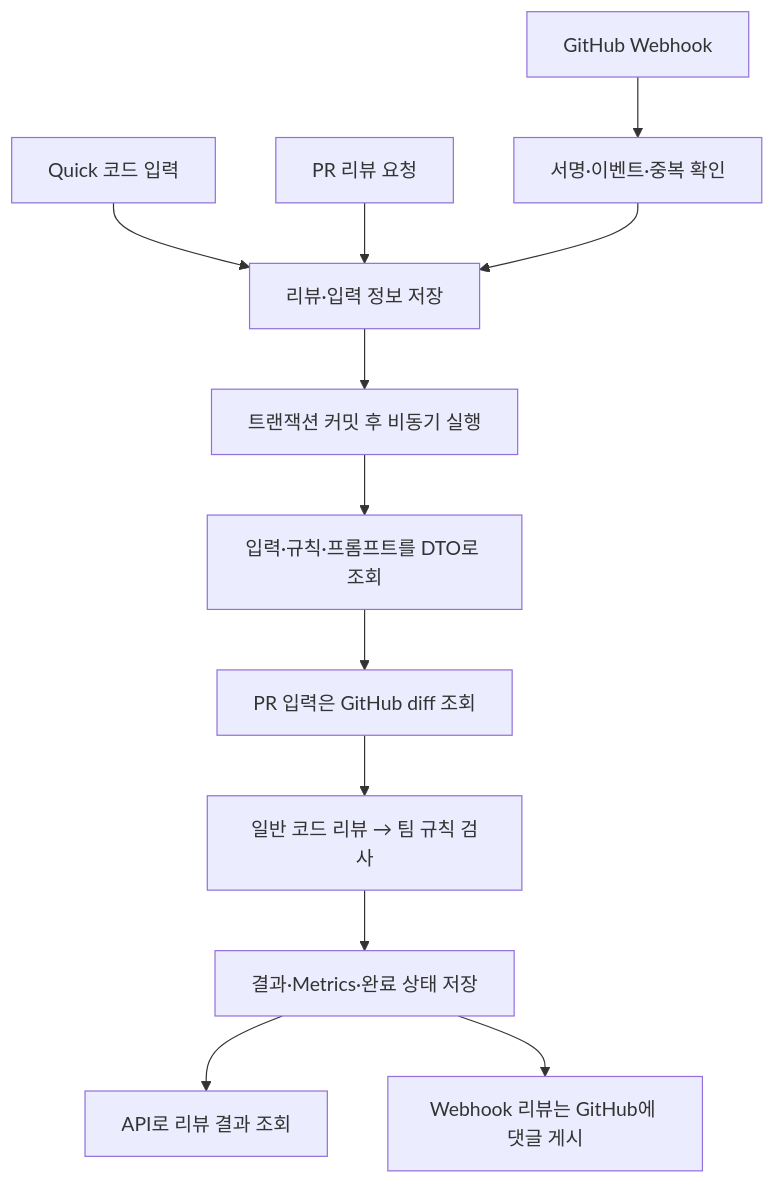
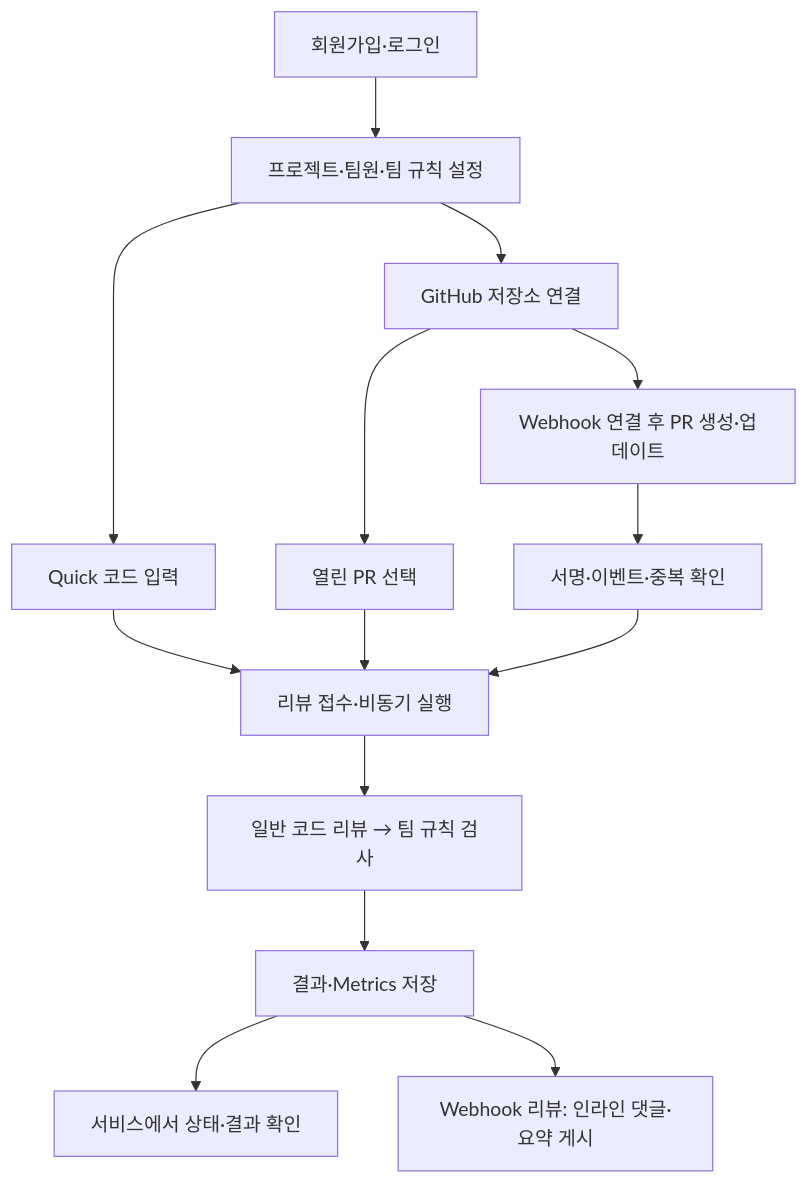
The second of 4 diagrams in README.md (ham-zi/-Backend-CodeReviewer), drawn with Mermaid before and after one commit. The commit also changed other lines of this file, not shown here.

````diff
--- a/README.md
+++ b/README.md
@@ -49,14 +118,16 @@
 ```mermaid
 flowchart TD
-    A["Quick 코드 입력"] --> D["리뷰·입력 정보 저장"]
-    B["PR 리뷰 요청"] --> D
-    C["GitHub Webhook"] --> V["서명·이벤트·중복 확인"]
-    V --> D
-    D --> E["트랜잭션 커밋 후 비동기 실행"]
-    E --> F["입력·규칙·프롬프트를 DTO로 조회"]
-    F --> G["PR 입력은 GitHub diff 조회"]
-    G --> H["일반 코드 리뷰 → 팀 규칙 검사"]
-    H --> I["결과·Metrics·완료 상태 저장"]
-    I --> J["API로 리뷰 결과 조회"]
-    I --> K["Webhook 리뷰는 GitHub에 댓글 게시"]
+    A["회원가입·로그인"] --> B["프로젝트·팀원·팀 규칙 설정"]
+    B --> C["Quick 코드 입력"]
+    B --> D["GitHub 저장소 연결"]
+    D --> E["열린 PR 선택"]
+    D --> F["Webhook 연결 후 PR 생성·업데이트"]
+    C --> G["리뷰 접수·비동기 실행"]
+    E --> G
+    F --> H["서명·이벤트·중복 확인"]
+    H --> G
+    G --> I["일반 코드 리뷰 → 팀 규칙 검사"]
+    I --> J["결과·Metrics 저장"]
+    J --> K["서비스에서 상태·결과 확인"]
+    J --> L["Webhook 리뷰: 인라인 댓글·요약 게시"]
 ```
````
